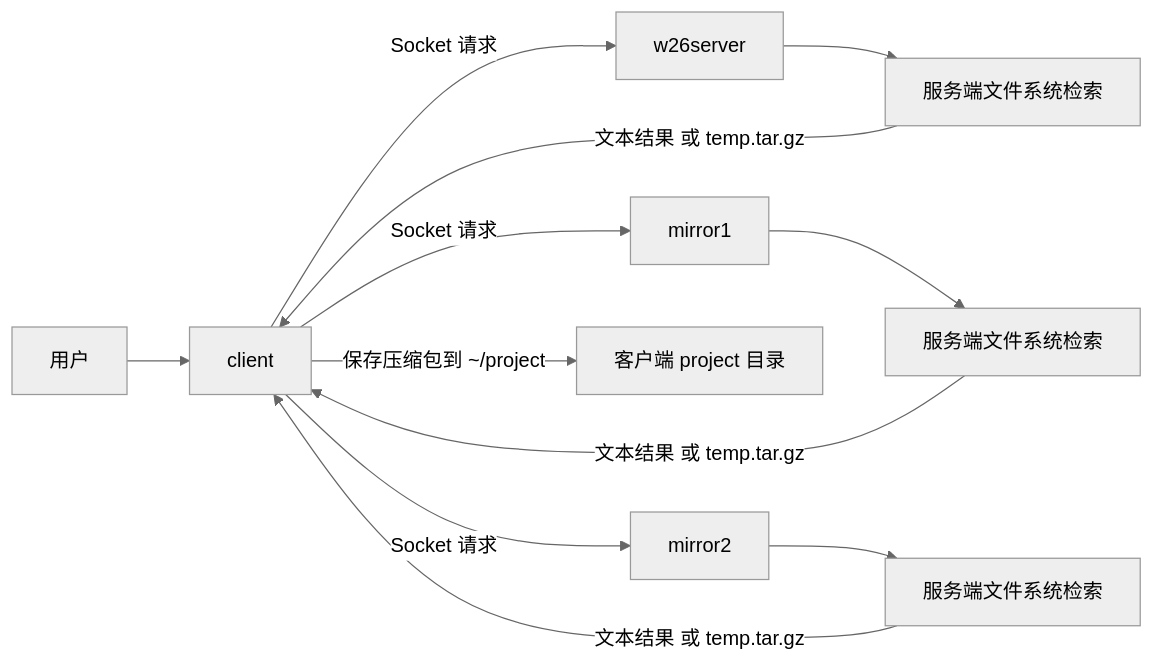
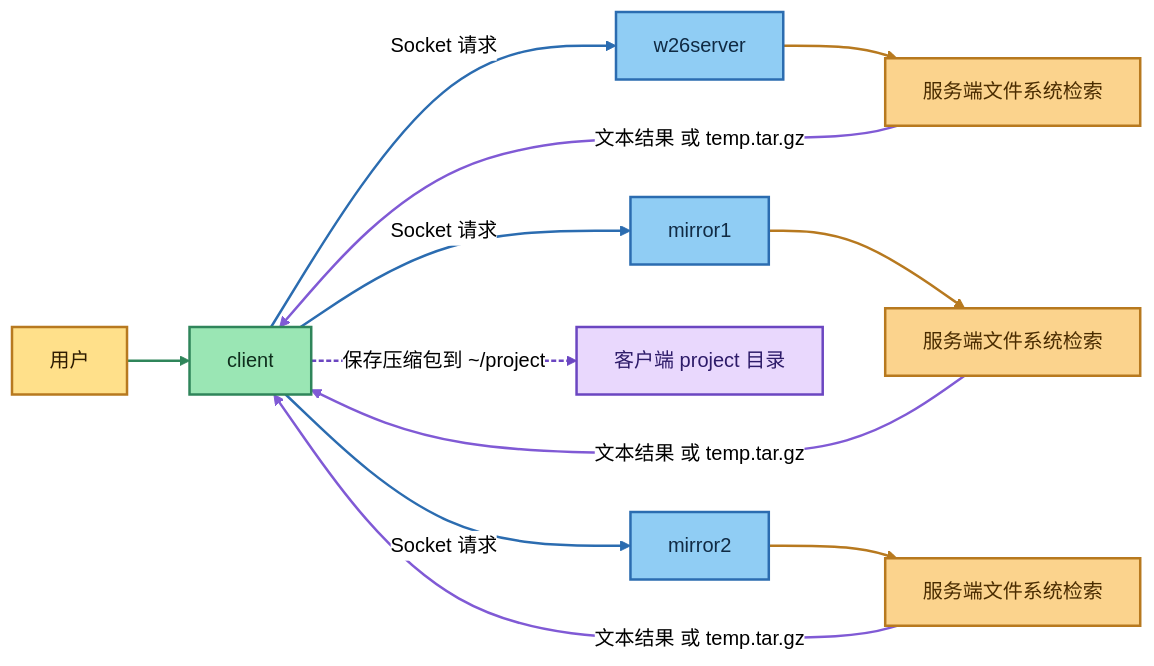
Before and after one commit to jianglei919/ASP_Group: the diagram in README.md, drawn with Mermaid (neutral theme). The commit also changed other lines of this file, not shown here.

````diff
--- a/README.md
+++ b/README.md
@@ -34,17 +34,41 @@
 ```mermaid
 flowchart LR
     U[用户] --> CL[client]
     CL -->|Socket 请求| S1[w26server]
     CL -->|Socket 请求| S2[mirror1]
     CL -->|Socket 请求| S3[mirror2]
 
     S1 --> FS1[服务端文件系统检索]
     S2 --> FS2[服务端文件系统检索]
     S3 --> FS3[服务端文件系统检索]
 
     FS1 -->|文本结果 或 temp.tar.gz| CL
     FS2 -->|文本结果 或 temp.tar.gz| CL
     FS3 -->|文本结果 或 temp.tar.gz| CL
 
     CL -->|保存压缩包到 ~/project| P[客户端 project 目录]
+
+    classDef user fill:#FFE08A,stroke:#B7791F,stroke-width:2px,color:#2D1B00;
+    classDef client fill:#9AE6B4,stroke:#2F855A,stroke-width:2px,color:#0F2E1D;
+    classDef server fill:#90CDF4,stroke:#2B6CB0,stroke-width:2px,color:#102A43;
+    classDef fs fill:#FBD38D,stroke:#B7791F,stroke-width:2px,color:#4A2C00;
+    classDef storage fill:#E9D8FD,stroke:#6B46C1,stroke-width:2px,color:#2D1B69;
+
+    class U user;
+    class CL client;
+    class S1,S2,S3 server;
+    class FS1,FS2,FS3 fs;
+    class P storage;
+
+    linkStyle 0 stroke:#2F855A,stroke-width:2px;
+    linkStyle 1 stroke:#2B6CB0,stroke-width:2px;
+    linkStyle 2 stroke:#2B6CB0,stroke-width:2px;
+    linkStyle 3 stroke:#2B6CB0,stroke-width:2px;
+    linkStyle 4 stroke:#B7791F,stroke-width:2px;
+    linkStyle 5 stroke:#B7791F,stroke-width:2px;
+    linkStyle 6 stroke:#B7791F,stroke-width:2px;
+    linkStyle 7 stroke:#805AD5,stroke-width:2px;
+    linkStyle 8 stroke:#805AD5,stroke-width:2px;
+    linkStyle 9 stroke:#805AD5,stroke-width:2px;
+    linkStyle 10 stroke:#6B46C1,stroke-width:2px,stroke-dasharray: 4 2;
 ```
````
